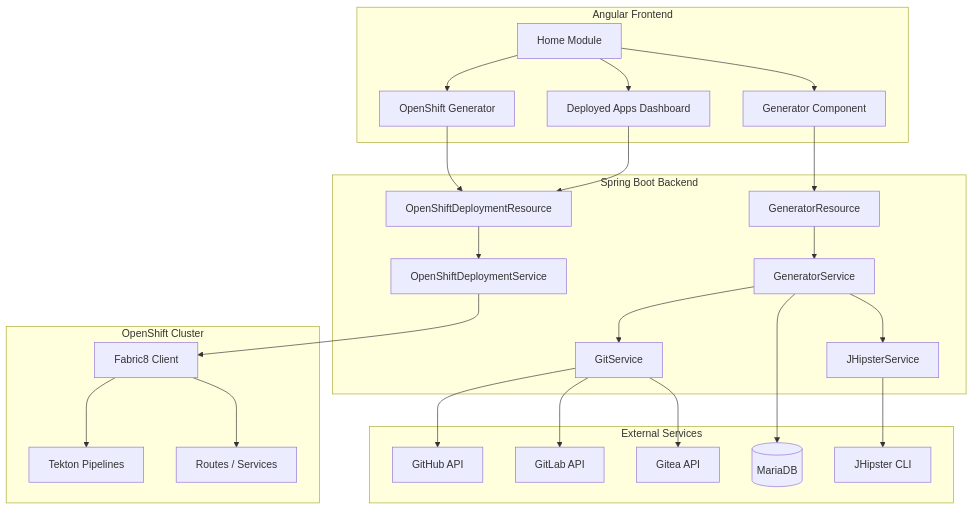
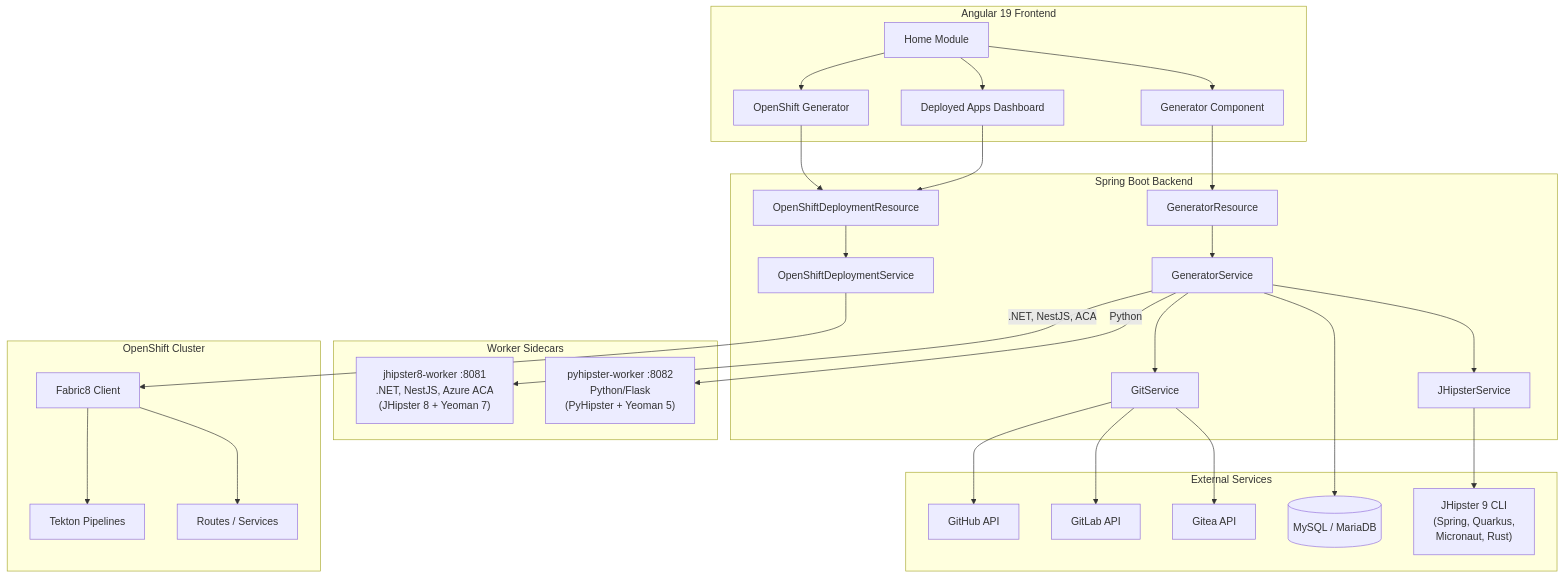
The first of 2 diagrams in ARCHITECTURE.md (redhat-developer-demos/jhipster-online), drawn with Mermaid before and after one commit. The commit also changed other lines of this file and 1 other file, not shown here.

First line of the commit message:
docs: update ARCHITECTURE.md and README.md for v2.41.0

````diff
--- a/ARCHITECTURE.md
+++ b/ARCHITECTURE.md
@@ -32,51 +32,58 @@
 ```mermaid
 graph TD
-    subgraph frontend [Angular Frontend]
+    subgraph frontend [Angular 19 Frontend]
         HomeUI[Home Module]
         GenUI[Generator Component]
         OsGenUI[OpenShift Generator]
         DeployedUI[Deployed Apps Dashboard]
     end
 
     subgraph backend [Spring Boot Backend]
         GenRest[GeneratorResource]
         OsRest[OpenShiftDeploymentResource]
         GenSvc[GeneratorService]
         OsSvc[OpenShiftDeploymentService]
         JHSvc[JHipsterService]
         GitSvc[GitService]
     end
 
+    subgraph workers [Worker Sidecars]
+        JH8W["jhipster8-worker :8081<br/>.NET, NestJS, Azure ACA<br/>(JHipster 8 + Yeoman 7)"]
+        PyW["pyhipster-worker :8082<br/>Python/Flask<br/>(PyHipster + Yeoman 5)"]
+    end
+
     subgraph external [External Services]
         GH[GitHub API]
         GL[GitLab API]
         GT[Gitea API]
-        DB[(MariaDB)]
-        CLI[JHipster CLI]
+        DB[(MySQL / MariaDB)]
+        CLI["JHipster 9 CLI<br/>(Spring, Quarkus,<br/>Micronaut, Rust)"]
     end
 
     subgraph cluster [OpenShift Cluster]
         F8[Fabric8 Client]
         Tekton[Tekton Pipelines]
         Routes[Routes / Services]
     end
 
     HomeUI --> GenUI
     HomeUI --> OsGenUI
     HomeUI --> DeployedUI
     GenUI --> GenRest
     OsGenUI --> OsRest
     DeployedUI --> OsRest
     GenRest --> GenSvc
     OsRest --> OsSvc
     GenSvc --> JHSvc
     GenSvc --> GitSvc
+    GenSvc -->|".NET, NestJS, ACA"| JH8W
+    GenSvc -->|"Python"| PyW
     JHSvc --> CLI
     GitSvc --> GH
     GitSvc --> GL
     GitSvc --> GT
     GenSvc --> DB
     OsSvc --> F8
     F8 --> Tekton
     F8 --> Routes
 ```
````
